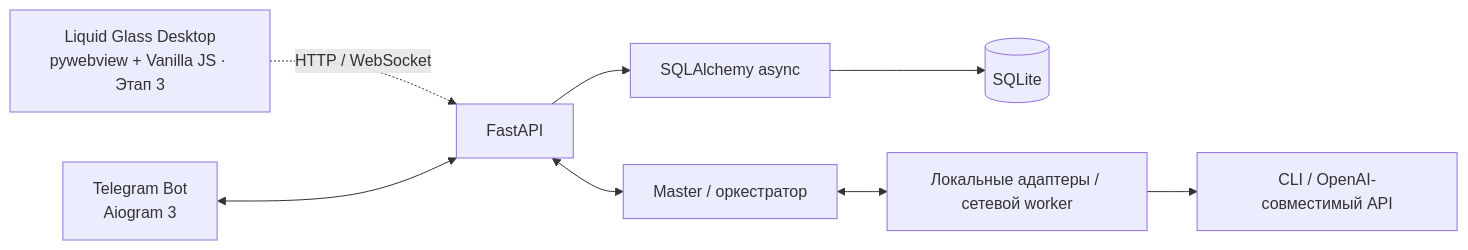
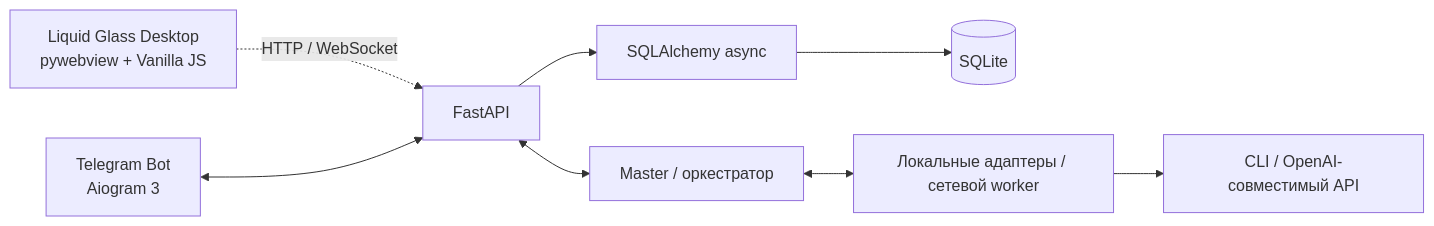
The diagram in README.md (3xstar/Loomis), drawn with Mermaid before and after one commit. The commit also changed other lines of this file and 11 other files, not shown here.

````diff
--- a/README.md
+++ b/README.md
@@ -29,10 +29,10 @@
 ```mermaid
 flowchart LR
-    Desktop["Liquid Glass Desktop<br/>pywebview + Vanilla JS · Этап 3"] -. "HTTP / WebSocket" .-> API["FastAPI"]
+    Desktop["Liquid Glass Desktop<br/>pywebview + Vanilla JS"] -. "HTTP / WebSocket" .-> API["FastAPI"]
     Telegram["Telegram Bot<br/>Aiogram 3"] <--> API
     API --> ORM["SQLAlchemy async"]
     ORM --> DB[("SQLite")]
     API <--> Core["Master / оркестратор"]
     Core <--> Worker["Локальные адаптеры / сетевой worker"]
     Worker --> Agents["CLI / OpenAI-совместимый API"]
 ```
````
